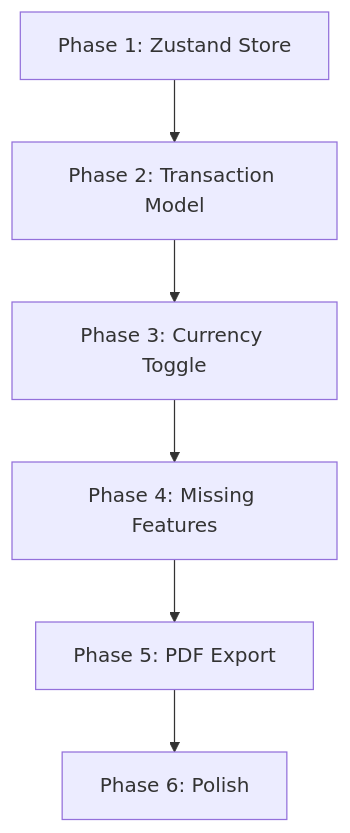
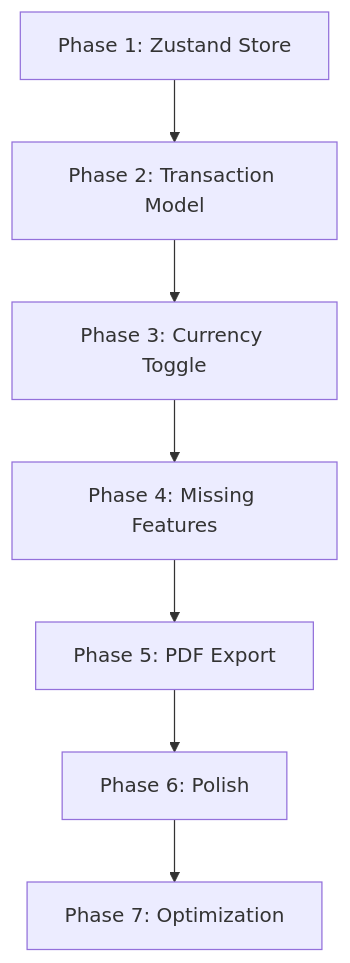
One commit to jf8989/expenses-calculator-py changed the diagram in user-docs/planning/IMPLEMENTATION_PHASES.md. Above: the diagram before and after it, drawn with Mermaid. The commit also changed other lines of this file and 11 other files, not shown here.

````diff
--- a/user-docs/planning/IMPLEMENTATION_PHASES.md
+++ b/user-docs/planning/IMPLEMENTATION_PHASES.md
@@ -504,8 +530,9 @@
 ```mermaid
 graph TD
     A["Phase 1: Zustand Store"] --> B["Phase 2: Transaction Model"]
     B --> C["Phase 3: Currency Toggle"]
     C --> D["Phase 4: Missing Features"]
     D --> E["Phase 5: PDF Export"]
     E --> F["Phase 6: Polish"]
+    F --> G["Phase 7: Optimization"]
 ```
````
